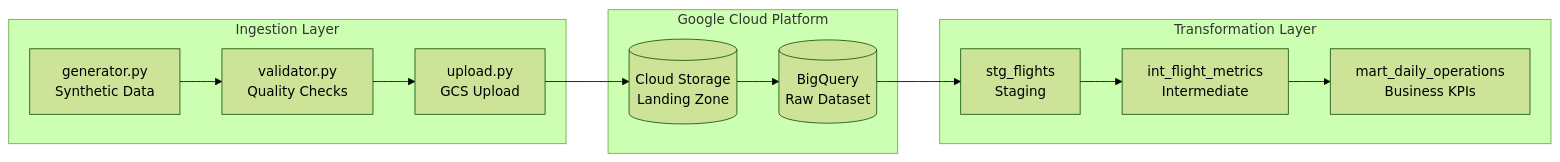
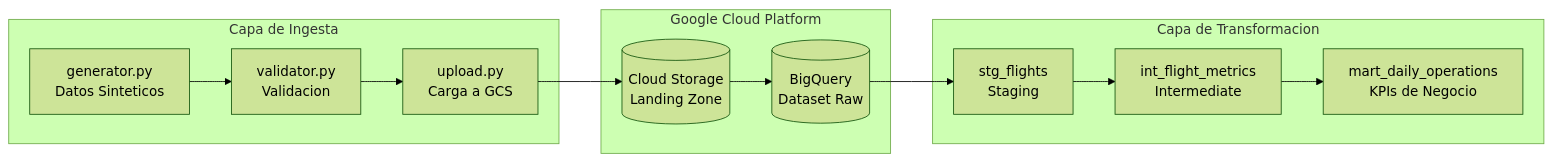
One commit to jps-code-sniper/Aero360 changed the diagram in README.md. Above: the diagram before and after it, drawn with Mermaid (forest theme). The commit also changed other lines of this file, not shown here.

````diff
--- a/README.md
+++ b/README.md
@@ -7,23 +7,23 @@
 ```mermaid
 flowchart LR
-    subgraph Ingestion["Ingestion Layer"]
-        GEN[generator.py<br/>Synthetic Data]
-        VAL[validator.py<br/>Quality Checks]
-        UP[upload.py<br/>GCS Upload]
+    subgraph Ingestion["Capa de Ingesta"]
+        GEN[generator.py<br/>Datos Sinteticos]
+        VAL[validator.py<br/>Validacion]
+        UP[upload.py<br/>Carga a GCS]
     end
 
     subgraph GCP["Google Cloud Platform"]
         GCS[(Cloud Storage<br/>Landing Zone)]
-        BQ[(BigQuery<br/>Raw Dataset)]
+        BQ[(BigQuery<br/>Dataset Raw)]
     end
 
-    subgraph Transform["Transformation Layer"]
+    subgraph Transform["Capa de Transformacion"]
         STG[stg_flights<br/>Staging]
         INT[int_flight_metrics<br/>Intermediate]
-        MART[mart_daily_operations<br/>Business KPIs]
+        MART[mart_daily_operations<br/>KPIs de Negocio]
     end
 
     GEN --> VAL --> UP --> GCS
     GCS --> BQ
     BQ --> STG --> INT --> MART
 ```
````
